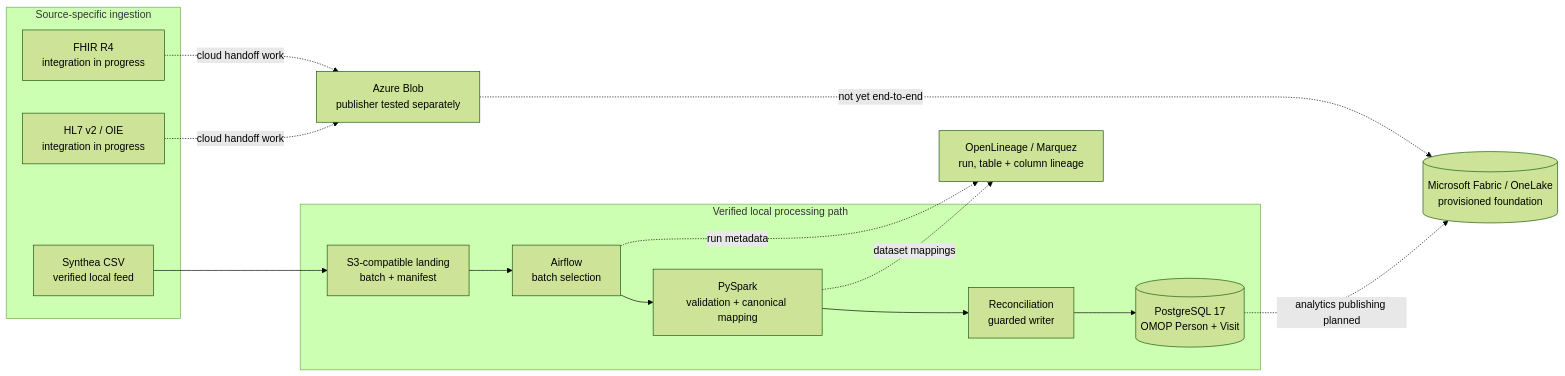
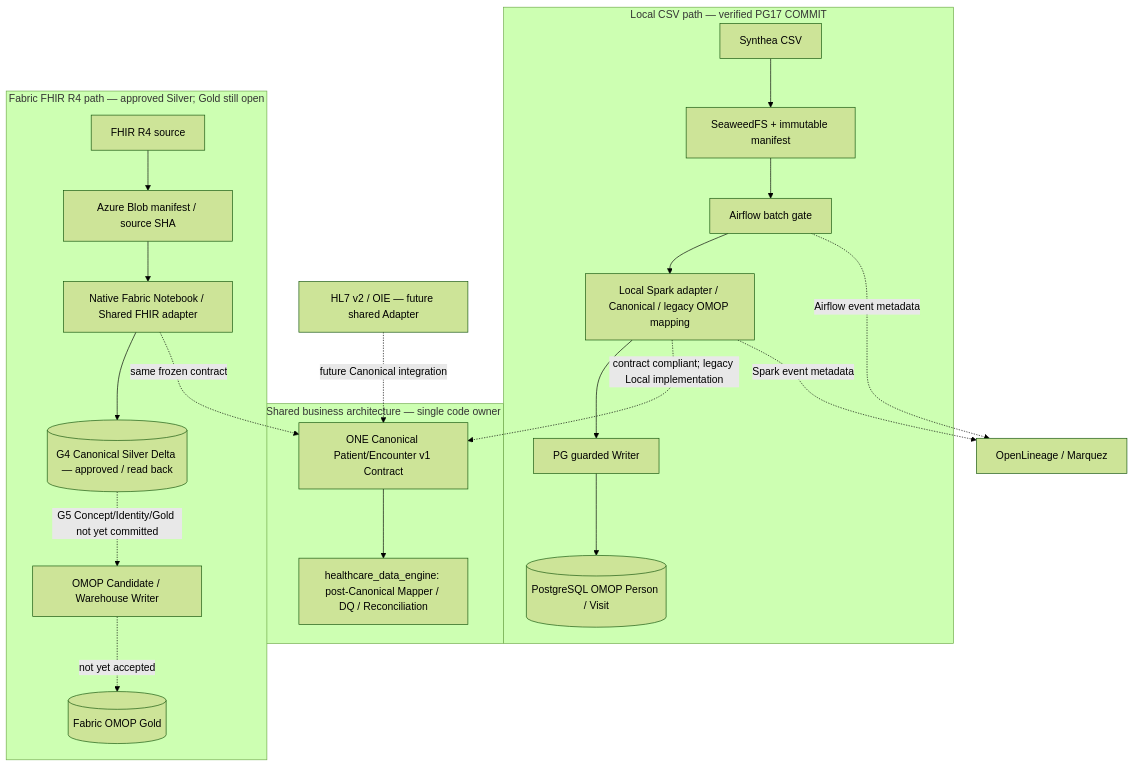
The diagram in README.md (JohnZhang-DataForge/healthcare-data-platform), drawn with Mermaid (forest theme) before and after one commit. The commit also changed other lines of this file, not shown here.

Commit message:
docs(readme): depict verified Fabric Silver and separate Gold pending from Local legacy

````diff
--- a/README.md
+++ b/README.md
@@ -49,26 +49,28 @@
 ```mermaid
-flowchart LR
-    subgraph SOURCES["Source-specific ingestion"]
-        CSV["Synthea CSV<br/>verified local feed"]
-        FHIR["FHIR R4<br/>integration in progress"]
-        HL7["HL7 v2 / OIE<br/>integration in progress"]
+flowchart TB
+    subgraph LOCAL["Local CSV path — verified PG17 COMMIT"]
+        CSV["Synthea CSV"] --> S3["SeaweedFS + immutable manifest"]
+        S3 --> AF["Airflow batch gate"] --> LSP["Local Spark adapter / Canonical / legacy OMOP mapping"]
+        LSP --> PGW["PG guarded Writer"] --> PG[("PostgreSQL OMOP Person / Visit")]
     end
 
-    subgraph LOCAL["Verified local processing path"]
-        LAND["S3-compatible landing<br/>batch + manifest"]
-        AIR["Airflow<br/>batch selection"]
-        SPARK["PySpark<br/>validation + canonical mapping"]
-        GATE["Reconciliation<br/>guarded writer"]
-        OMOP[("PostgreSQL 17<br/>OMOP Person + Visit")]
+    subgraph FABRIC["Fabric FHIR R4 path — approved Silver; Gold still open"]
+        FHIR["FHIR R4 source"] --> BLOB["Azure Blob manifest / source SHA"]
+        BLOB --> NB["Native Fabric Notebook / Shared FHIR adapter"]
+        NB --> SILVER[("G4 Canonical Silver Delta — approved / read back")]
+        SILVER -. "G5 Concept/Identity/Gold not yet committed" .-> CAND["OMOP Candidate / Warehouse Writer"] 
+        CAND -. "not yet accepted" .-> DW[("Fabric OMOP Gold")]
     end
 
-    CSV --> LAND --> AIR --> SPARK --> GATE --> OMOP
+    subgraph SHARED["Shared business architecture — single code owner"]
+        CONTRACT["ONE Canonical Patient/Encounter v1 Contract"]
+        ENGINE["healthcare_data_engine: post-Canonical Mapper / DQ / Reconciliation"]
+        CONTRACT --> ENGINE
+    end
 
-    AIR -. "run metadata" .-> LINEAGE["OpenLineage / Marquez<br/>run, table + column lineage"]
-    SPARK -. "dataset mappings" .-> LINEAGE
-
-    FHIR -. "cloud handoff work" .-> BLOB["Azure Blob<br/>publisher tested separately"]
-    HL7 -. "cloud handoff work" .-> BLOB
-    BLOB -. "not yet end-to-end" .-> FABRIC[("Microsoft Fabric / OneLake<br/>provisioned foundation")]
-    OMOP -. "analytics publishing planned" .-> FABRIC
+    LSP -. "contract compliant; legacy Local implementation" .-> CONTRACT
+    NB -. "same frozen contract" .-> CONTRACT
+    AF -. "Airflow event metadata" .-> LINEAGE["OpenLineage / Marquez"]
+    LSP -. "Spark event metadata" .-> LINEAGE
+    HL7["HL7 v2 / OIE — future shared Adapter"] -. "future Canonical integration" .-> CONTRACT
 ```
````
